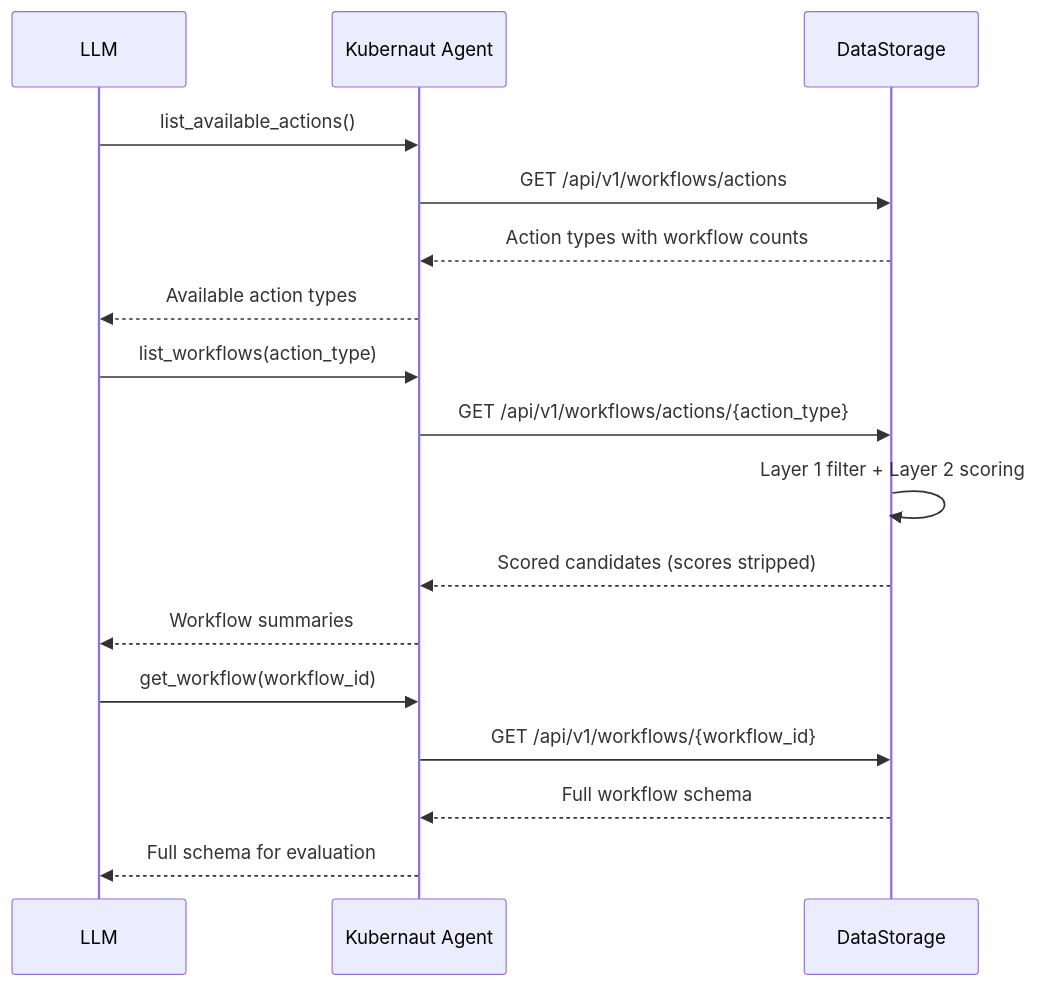
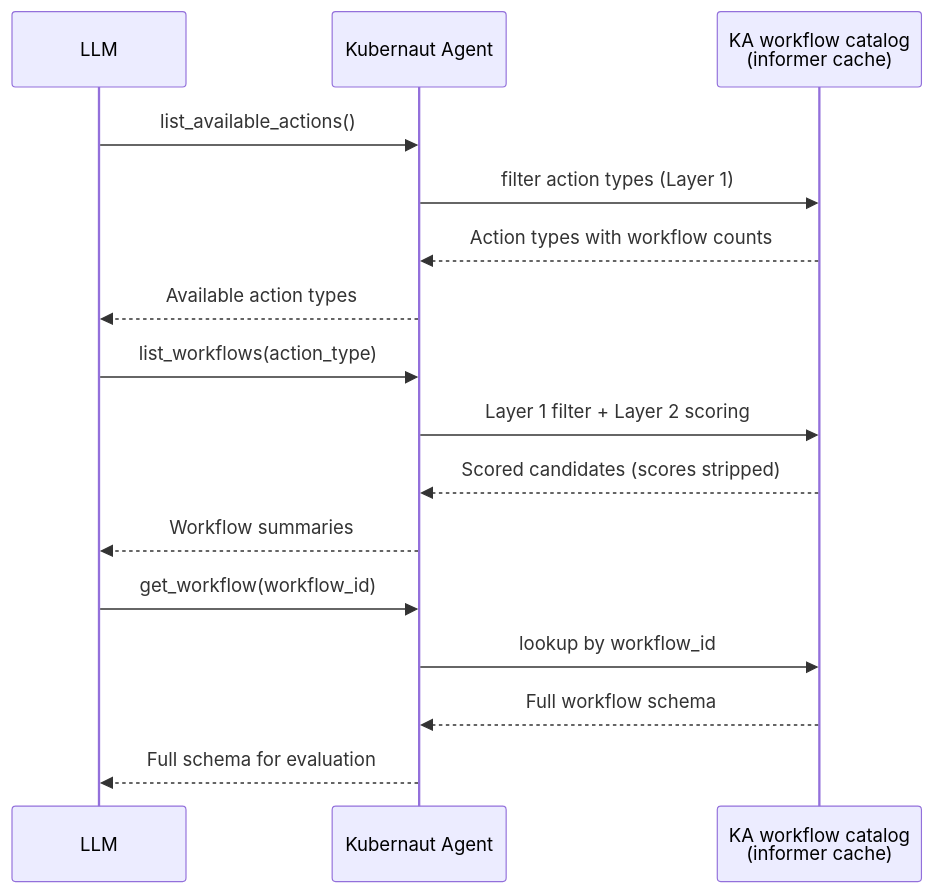
One commit to jordigilh/kubernaut-docs changed the diagram in docs/architecture/workflow-selection.md. Above: the diagram before and after it, drawn with Mermaid. The commit also changed other lines of this file and 16 other files, not shown here.

````diff
--- a/docs/architecture/workflow-selection.md
+++ b/docs/architecture/workflow-selection.md
@@ -10,22 +13,21 @@
 ```mermaid
 sequenceDiagram
     participant LLM as LLM
     participant KA as Kubernaut Agent
-    participant DS as DataStorage
+    participant Cache as KA workflow catalog<br/>(informer cache)
 
     LLM->>KA: list_available_actions()
-    KA->>DS: GET /api/v1/workflows/actions
-    DS-->>KA: Action types with workflow counts
+    KA->>Cache: filter action types (Layer 1)
+    Cache-->>KA: Action types with workflow counts
     KA-->>LLM: Available action types
 
     LLM->>KA: list_workflows(action_type)
-    KA->>DS: GET /api/v1/workflows/actions/{action_type}
-    DS->>DS: Layer 1 filter + Layer 2 scoring
-    DS-->>KA: Scored candidates (scores stripped)
+    KA->>Cache: Layer 1 filter + Layer 2 scoring
+    Cache-->>KA: Scored candidates (scores stripped)
     KA-->>LLM: Workflow summaries
 
     LLM->>KA: get_workflow(workflow_id)
-    KA->>DS: GET /api/v1/workflows/{workflow_id}
-    DS-->>KA: Full workflow schema
+    KA->>Cache: lookup by workflow_id
+    Cache-->>KA: Full workflow schema
     KA-->>LLM: Full schema for evaluation
 ```
````
